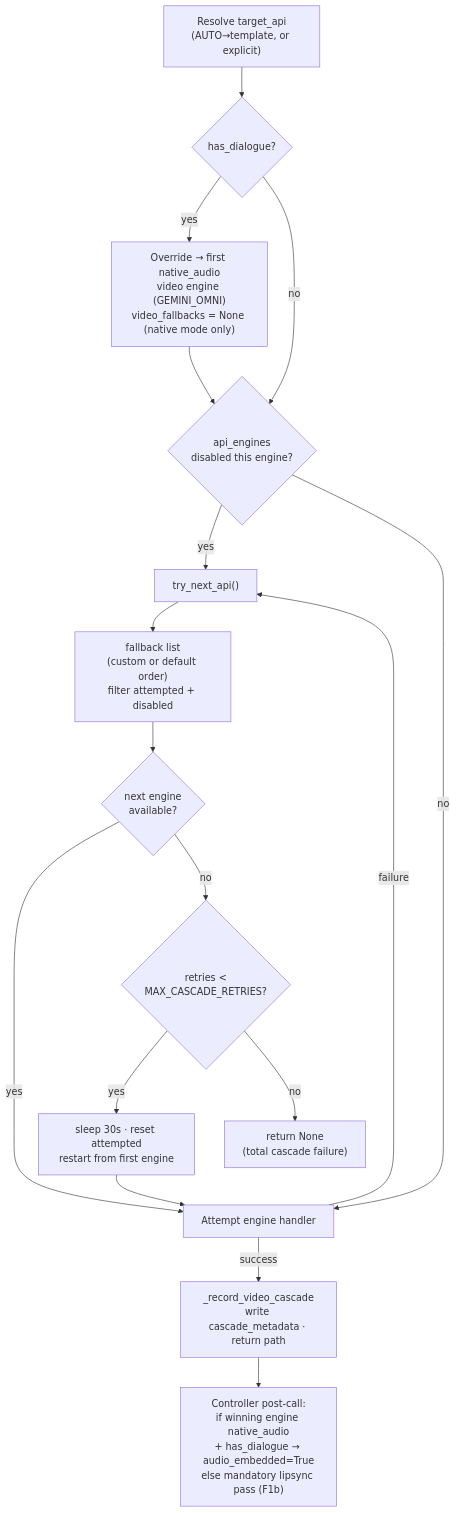
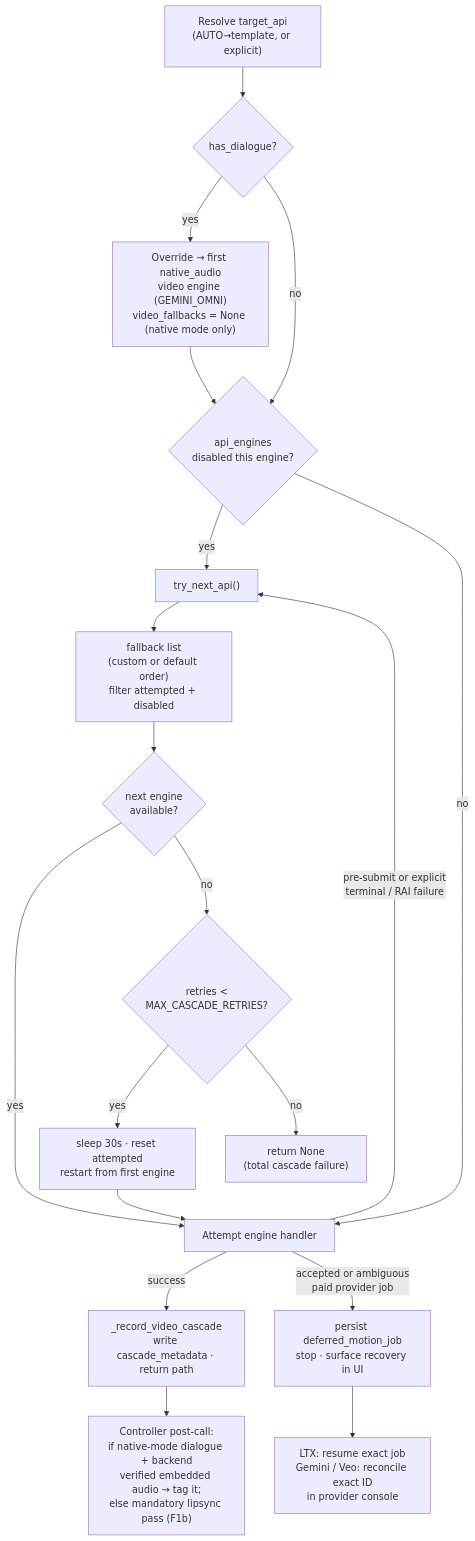
The ninth of 12 diagrams in docs/PROGRAM-MANUAL.md (hkk009008-svg/content), drawn with Mermaid before and after one commit. The commit also changed other lines of this file and 173 other files, not shown here.

````diff
--- a/docs/PROGRAM-MANUAL.md
+++ b/docs/PROGRAM-MANUAL.md
@@ -1440,19 +1445,21 @@
 ```mermaid
 flowchart TD
     R["Resolve target_api<br/>(AUTO→template, or explicit)"] --> DLG{has_dialogue?}
     DLG -- yes --> OV["Override → first native_audio<br/>video engine (GEMINI_OMNI)<br/>video_fallbacks = None (native mode only)"]
     DLG -- no --> DIS
     OV --> DIS{api_engines<br/>disabled this engine?}
     DIS -- yes --> TNA
     DIS -- no --> ATT["Attempt engine handler"]
     ATT -- success --> REC["_record_video_cascade<br/>write cascade_metadata · return path"]
-    ATT -- failure --> TNA["try_next_api()"]
+    ATT -- "pre-submit or explicit<br/>terminal / RAI failure" --> TNA["try_next_api()"]
+    ATT -- "accepted or ambiguous<br/>paid provider job" --> DEF["persist deferred_motion_job<br/>stop · surface recovery in UI"]
     TNA --> LST["fallback list<br/>(custom or default order)<br/>filter attempted + disabled"]
     LST --> NEXT{next engine<br/>available?}
     NEXT -- yes --> ATT
     NEXT -- no --> RETRY{retries <<br/>MAX_CASCADE_RETRIES?}
     RETRY -- yes --> SLEEP["sleep 30s · reset attempted<br/>restart from first engine"]
     SLEEP --> ATT
     RETRY -- no --> NONE["return None<br/>(total cascade failure)"]
-    REC --> POST["Controller post-call:<br/>if winning engine native_audio<br/>+ has_dialogue → audio_embedded=True<br/>else mandatory lipsync pass (F1b)"]
+    REC --> POST["Controller post-call:<br/>if native-mode dialogue + backend<br/>verified embedded audio → tag it;<br/>else mandatory lipsync pass (F1b)"]
+    DEF --> MAN["LTX: resume exact job<br/>Gemini / Veo: reconcile exact ID<br/>in provider console"]
 ```
````
